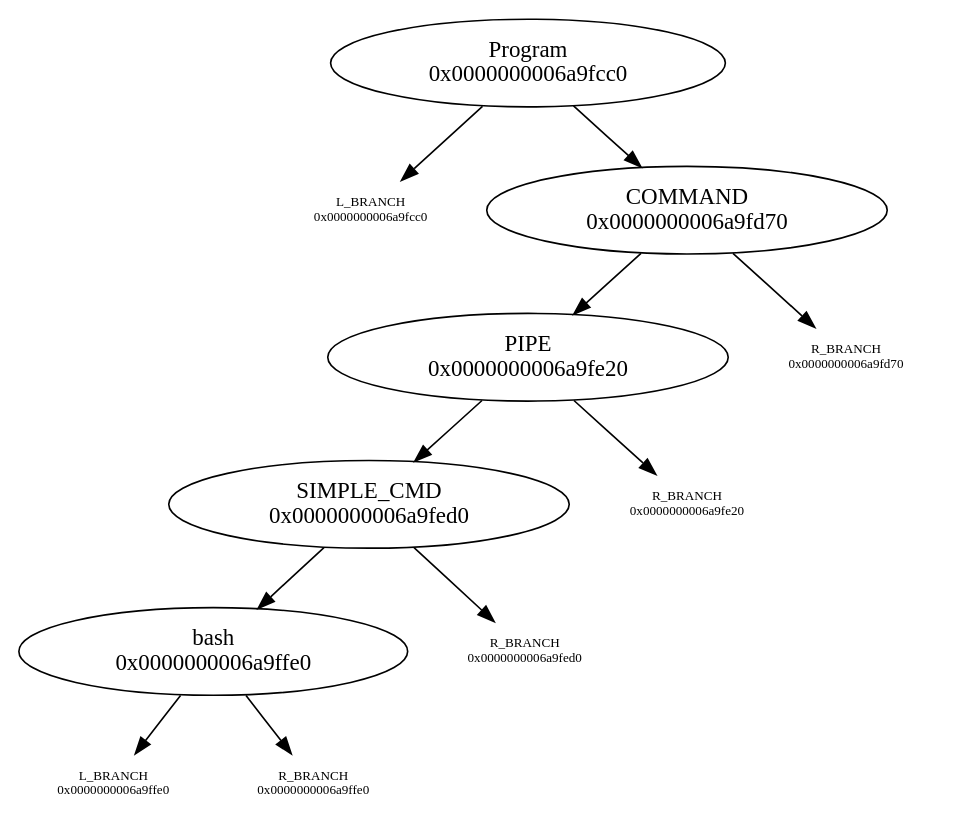
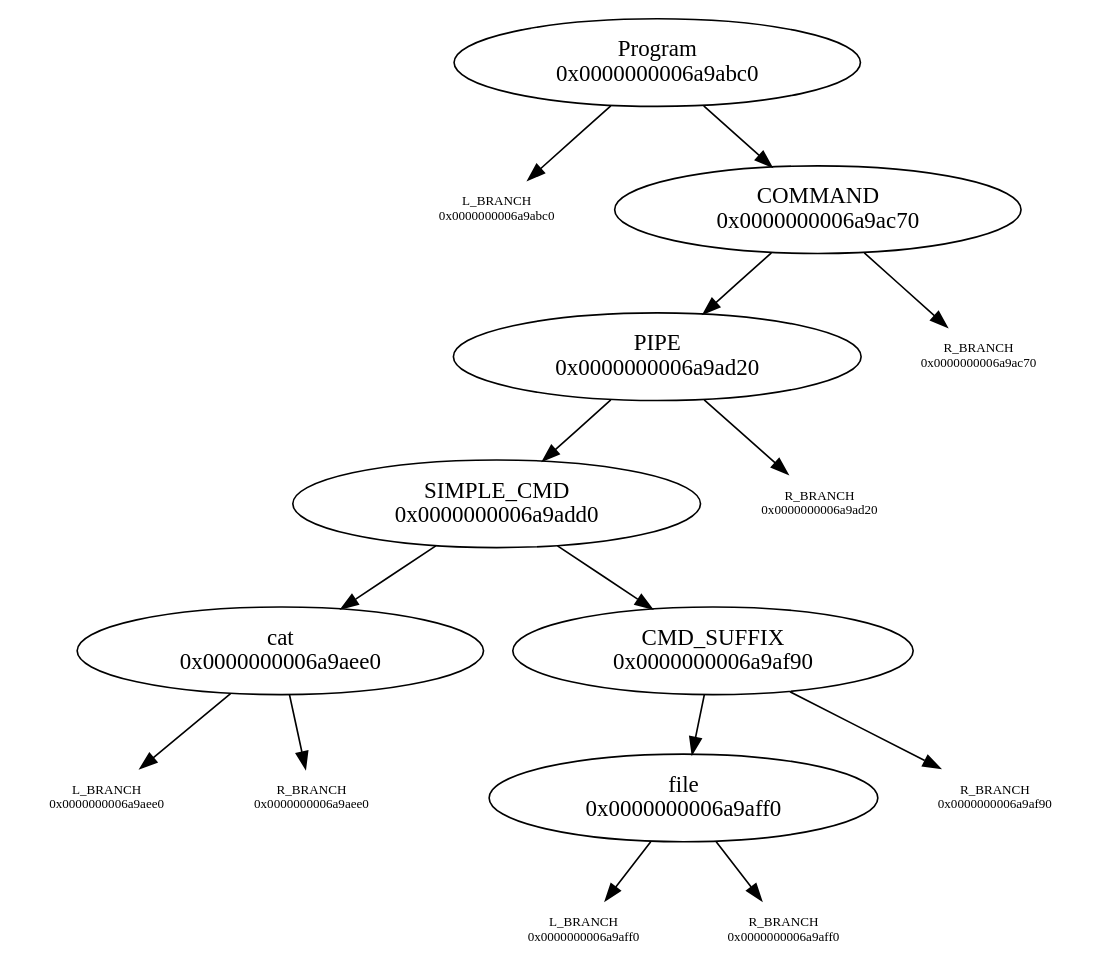
Before and after one commit to N-4-Nina/Minishell: the diagram in graph.dot, drawn with Graphviz. The commit also changed 42 other files, not shown here.

```diff
--- a/graph.dot
+++ b/graph.dot
@@ -1,19 +1,25 @@
 digraph graphname {
-"Program\n0x0000000006a9fcc0" -> "L_BRANCH\n0x0000000006a9fcc0";
-"L_BRANCH\n0x0000000006a9fcc0" [shape=none fontsize=8]
-"Program\n0x0000000006a9fcc0" -> "COMMAND\n0x0000000006a9fd70";
-"COMMAND\n0x0000000006a9fd70" -> "PIPE\n0x0000000006a9fe20";
-"COMMAND\n0x0000000006a9fd70" -> "R_BRANCH\n0x0000000006a9fd70";
-"R_BRANCH\n0x0000000006a9fd70" [shape=none fontsize=8]
-"PIPE\n0x0000000006a9fe20" -> "SIMPLE_CMD\n0x0000000006a9fed0";
-"PIPE\n0x0000000006a9fe20" -> "R_BRANCH\n0x0000000006a9fe20";
-"R_BRANCH\n0x0000000006a9fe20" [shape=none fontsize=8]
-"SIMPLE_CMD\n0x0000000006a9fed0" -> "bash\n0x0000000006a9ffe0";
-"SIMPLE_CMD\n0x0000000006a9fed0" -> "R_BRANCH\n0x0000000006a9fed0";
-"R_BRANCH\n0x0000000006a9fed0" [shape=none fontsize=8]
-"bash\n0x0000000006a9ffe0" -> "L_BRANCH\n0x0000000006a9ffe0";
-"L_BRANCH\n0x0000000006a9ffe0" [shape=none fontsize=8]
-"bash\n0x0000000006a9ffe0" -> "R_BRANCH\n0x0000000006a9ffe0";
-"R_BRANCH\n0x0000000006a9ffe0" [shape=none fontsize=8]
+"Program\n0x0000000006a9abc0" -> "L_BRANCH\n0x0000000006a9abc0";
+"L_BRANCH\n0x0000000006a9abc0" [shape=none fontsize=8]
+"Program\n0x0000000006a9abc0" -> "COMMAND\n0x0000000006a9ac70";
+"COMMAND\n0x0000000006a9ac70" -> "PIPE\n0x0000000006a9ad20";
+"COMMAND\n0x0000000006a9ac70" -> "R_BRANCH\n0x0000000006a9ac70";
+"R_BRANCH\n0x0000000006a9ac70" [shape=none fontsize=8]
+"PIPE\n0x0000000006a9ad20" -> "SIMPLE_CMD\n0x0000000006a9add0";
+"PIPE\n0x0000000006a9ad20" -> "R_BRANCH\n0x0000000006a9ad20";
+"R_BRANCH\n0x0000000006a9ad20" [shape=none fontsize=8]
+"SIMPLE_CMD\n0x0000000006a9add0" -> "cat\n0x0000000006a9aee0";
+"SIMPLE_CMD\n0x0000000006a9add0" -> "CMD_SUFFIX\n0x0000000006a9af90";
+"cat\n0x0000000006a9aee0" -> "L_BRANCH\n0x0000000006a9aee0";
+"L_BRANCH\n0x0000000006a9aee0" [shape=none fontsize=8]
+"cat\n0x0000000006a9aee0" -> "R_BRANCH\n0x0000000006a9aee0";
+"R_BRANCH\n0x0000000006a9aee0" [shape=none fontsize=8]
+"CMD_SUFFIX\n0x0000000006a9af90" -> "file\n0x0000000006a9aff0";
+"CMD_SUFFIX\n0x0000000006a9af90" -> "R_BRANCH\n0x0000000006a9af90";
+"R_BRANCH\n0x0000000006a9af90" [shape=none fontsize=8]
+"file\n0x0000000006a9aff0" -> "L_BRANCH\n0x0000000006a9aff0";
+"L_BRANCH\n0x0000000006a9aff0" [shape=none fontsize=8]
+"file\n0x0000000006a9aff0" -> "R_BRANCH\n0x0000000006a9aff0";
+"R_BRANCH\n0x0000000006a9aff0" [shape=none fontsize=8]
 
 }
```
